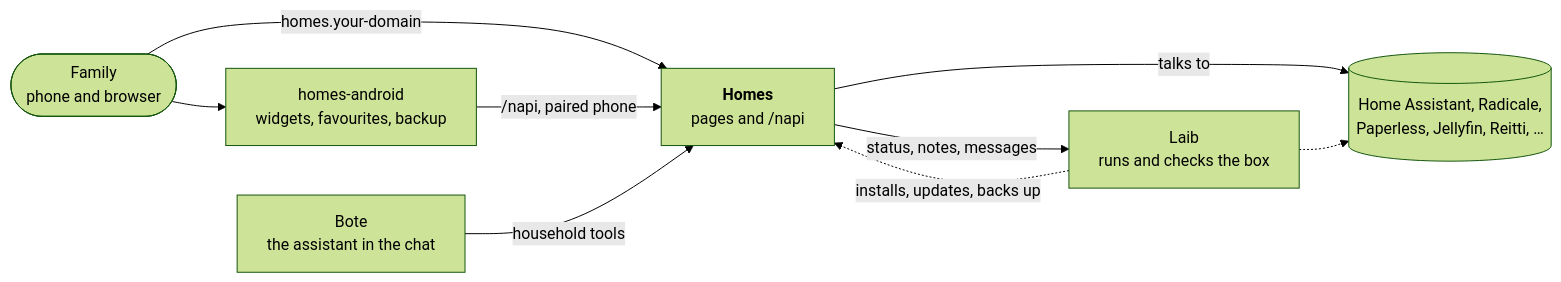
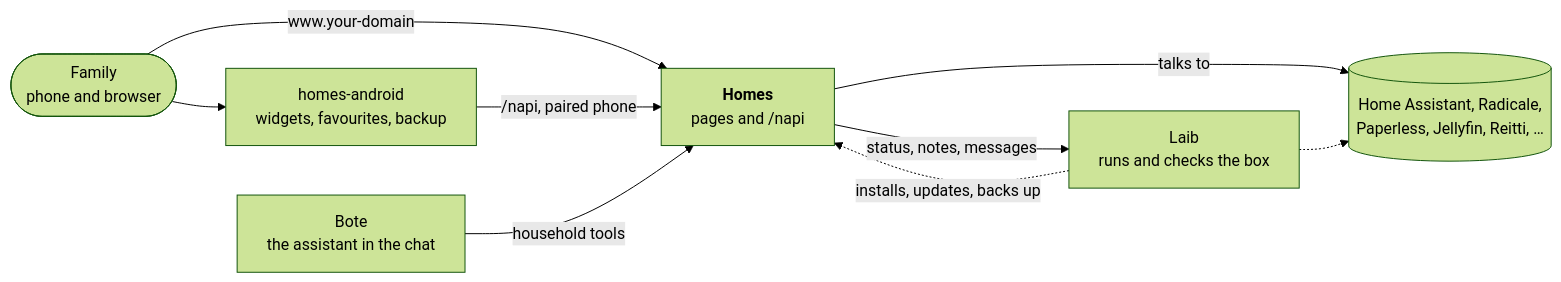
The diagram in README.md (mdopp/haus), drawn with Mermaid (forest theme) before and after one commit. The commit also changed other lines of this file and 11 other files, not shown here.

First line of the commit message:
feat(adresse): Homes on www.<domain>, the haus.<domain> redirect goes (#303)

````diff
--- a/README.md
+++ b/README.md
@@ -58,18 +58,18 @@
 ```mermaid
 flowchart LR
   family(["Family<br/>phone and browser"])
   app["homes-android<br/>widgets, favourites, backup"]
   homes["<b>Homes</b><br/>pages and /napi"]
   bote["Bote<br/>the assistant in the chat"]
   laib["Laib<br/>runs and checks the box"]
   svc[("Home Assistant, Radicale,<br/>Paperless, Jellyfin, Reitti, …")]
 
-  family -- "homes.your-domain" --> homes
+  family -- "www.your-domain" --> homes
   family --> app
   app -- "/napi, paired phone" --> homes
   bote -- "household tools" --> homes
   homes -- "talks to" --> svc
   homes -- "status, notes, messages" --> laib
   laib -. "installs, updates, backs up" .-> homes
   laib -.-> svc
 ```
````
